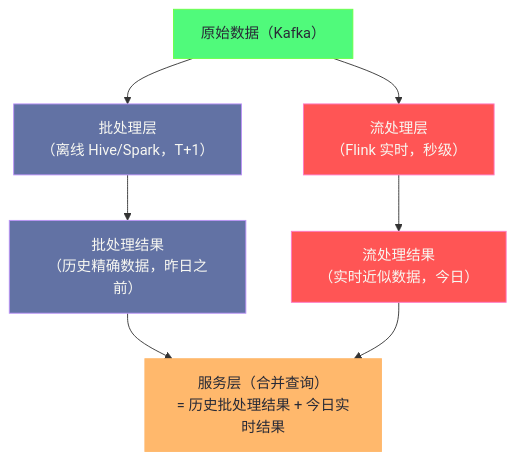
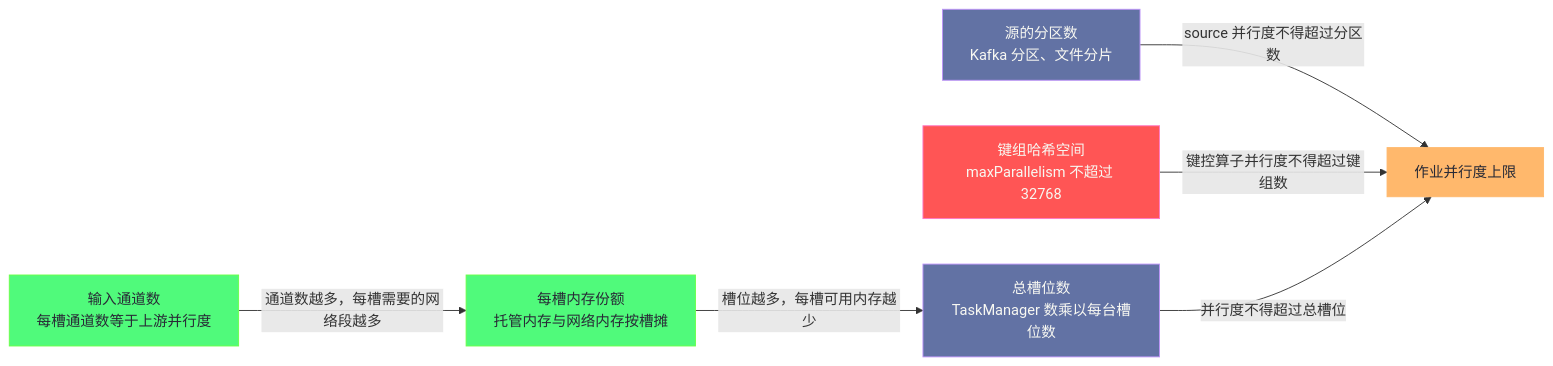
The first of 5 diagrams in content/大数据/Flink/Flink原理深度解析与性能优化/10 Flink 大规模生产实践.md (hpliStartAgain/my-brain), drawn with Mermaid before and after one commit. The commit also changed other lines of this file and 455 other files, not shown here.

````diff
--- a/content/大数据/Flink/Flink原理深度解析与性能优化/10 Flink 大规模生产实践.md
+++ b/content/大数据/Flink/Flink原理深度解析与性能优化/10 Flink 大规模生产实践.md
@@ -132,21 +65,21 @@
 ```mermaid
 %%{init: {'theme': 'dracula'}}%%
-graph TD
-    classDef source fill:#50fa7b,stroke:#69ff47,color:#282a36
-    classDef batch fill:#6272a4,stroke:#bd93f9,color:#f8f8f2
-    classDef stream fill:#ff5555,stroke:#ff79c6,color:#f8f8f2
-    classDef serve fill:#ffb86c,stroke:#ffb86c,color:#282a36
+flowchart LR
+    classDef gate fill:#6272a4,stroke:#bd93f9,color:#f8f8f2
+    classDef hard fill:#ff5555,stroke:#ff79c6,color:#f8f8f2
+    classDef soft fill:#50fa7b,stroke:#69ff47,color:#282a36
+    classDef out fill:#ffb86c,stroke:#ffb86c,color:#282a36
 
-    RAW["原始数据（Kafka）"]:::source
+    SRC["源的分区数<br/>Kafka 分区、文件分片"]:::gate
+    KG["键组哈希空间<br/>maxParallelism 不超过 32768"]:::hard
+    SLOT["总槽位数<br/>TaskManager 数乘以每台槽位数"]:::gate
+    MEM["每槽内存份额<br/>托管内存与网络内存按槽摊"]:::soft
+    CH["输入通道数<br/>每槽通道数等于上游并行度"]:::soft
+    P["作业并行度上限"]:::out
 
-    BL["批处理层</br>（离线 Hive/Spark，T+1）"]:::batch
-    SL["流处理层</br>（Flink 实时，秒级）"]:::stream
-
-    BST["批处理结果</br>（历史精确数据，昨日之前）"]:::batch
-    SST["流处理结果</br>（实时近似数据，今日）"]:::stream
-
-    SERVE["服务层（合并查询）</br>= 历史批处理结果 + 今日实时结果"]:::serve
-
-    RAW --> BL --> BST --> SERVE
-    RAW --> SL --> SST --> SERVE
+    SRC -->|"source 并行度不得超过分区数"| P
+    KG -->|"键控算子并行度不得超过键组数"| P
+    SLOT -->|"并行度不得超过总槽位"| P
+    MEM -->|"槽位越多，每槽可用内存越少"| SLOT
+    CH -->|"通道数越多，每槽需要的网络段越多"| MEM
 ```
````
